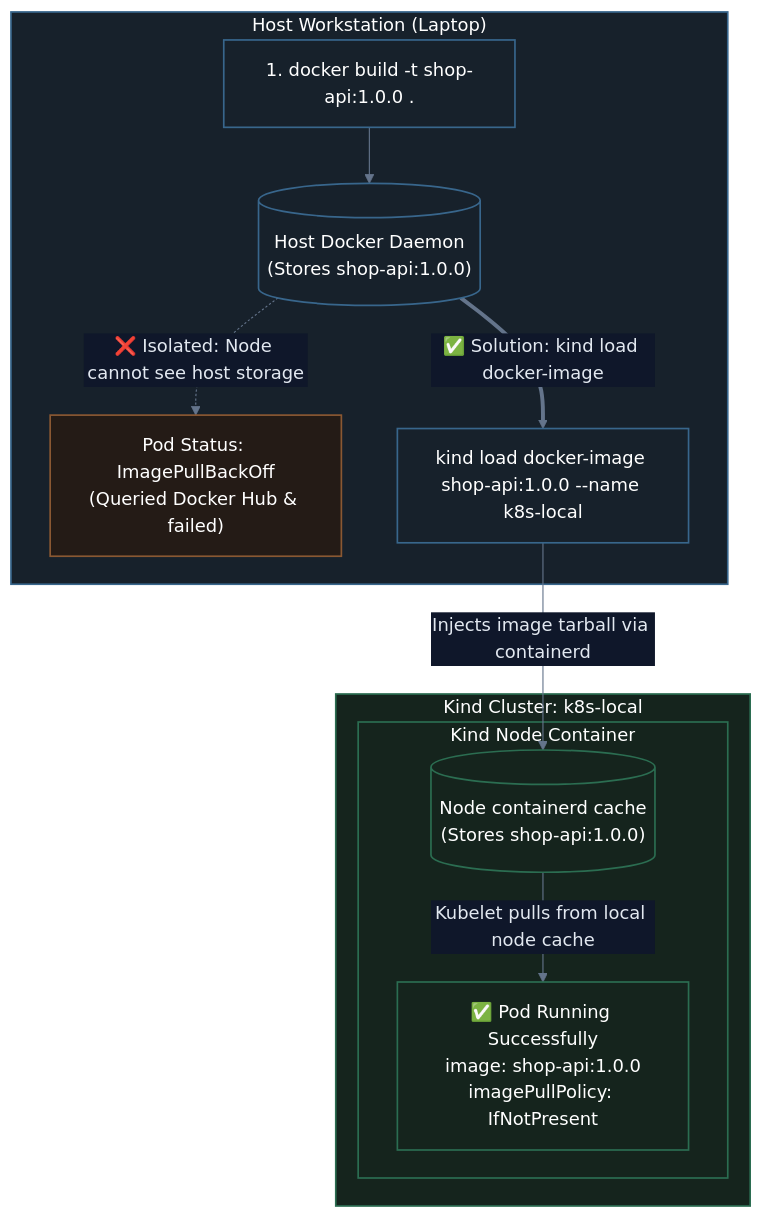
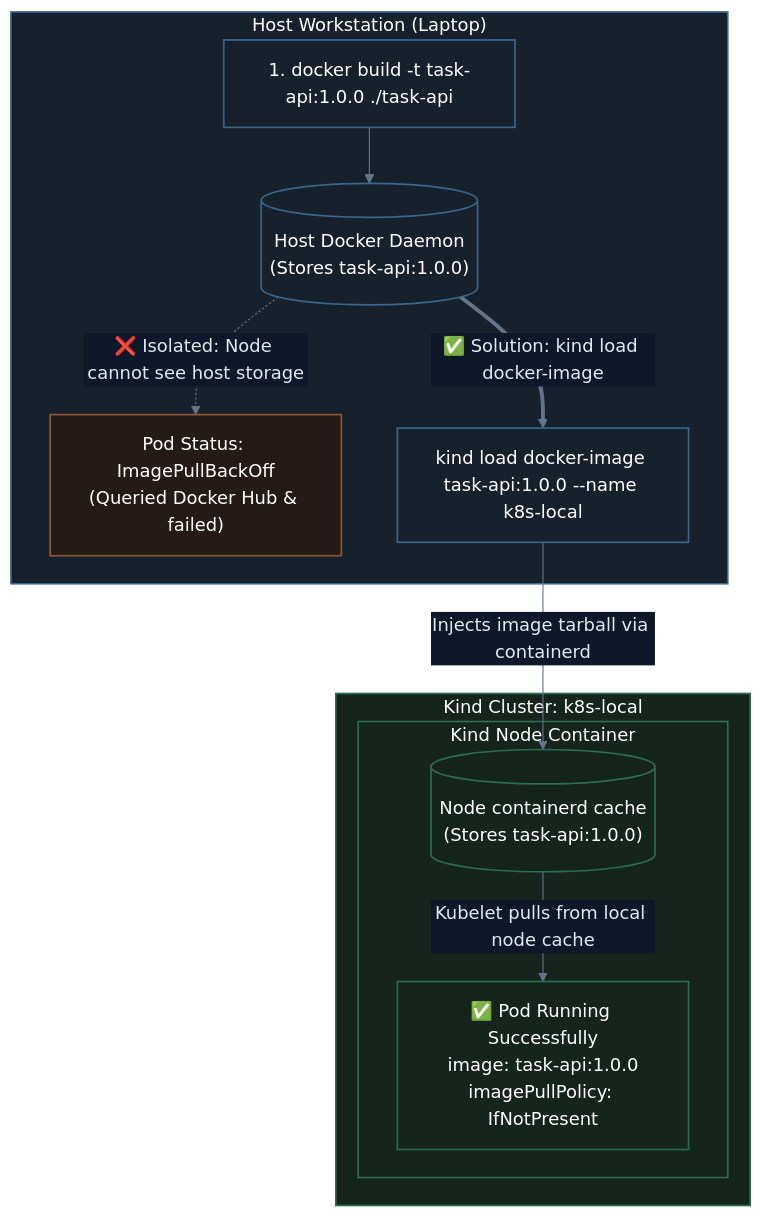
Before and after one commit to heinhtetzan/k8s-in-production: the third of 3 diagrams in 05-learn-k8s/02-kubernetes-in-local-with-kind.md, drawn with Mermaid. The commit also changed other lines of this file and 9 other files, not shown here.

Commit message:
feat: add task-api sample application and update guide examples

````diff
--- a/05-learn-k8s/02-kubernetes-in-local-with-kind.md
+++ b/05-learn-k8s/02-kubernetes-in-local-with-kind.md
@@ -371,39 +371,39 @@
 ```mermaid
 %%{init: {
   'theme': 'base',
   'themeVariables': {
     'darkMode': true,
     'background': '#0f172a',
     'primaryColor': '#1e293b',
     'primaryTextColor': '#e2e8f0',
     'primaryBorderColor': '#475569',
     'lineColor': '#64748b',
     'textColor': '#e2e8f0',
     'edgeLabelBackground': '#0f172a'
   },
   'themeCSS': '* { filter: none !important; box-shadow: none !important; } .node * { filter: none !important; } .cluster * { filter: none !important; }'
 }}%%
 flowchart TD
     subgraph Host["Host Workstation (Laptop)"]
-        Build["1. docker build -t shop-api:1.0.0 ."] --> HostDaemon[("Host Docker Daemon<br/>(Stores shop-api:1.0.0)")]
+        Build["1. docker build -t task-api:1.0.0 ./task-api"] --> HostDaemon[("Host Docker Daemon<br/>(Stores task-api:1.0.0)")]
         
         HostDaemon -.->|❌ Isolated: Node cannot see host storage| Fail["Pod Status: ImagePullBackOff<br/>(Queried Docker Hub & failed)"]
         
-        HostDaemon ==>|✅ Solution: kind load docker-image| Bridge["kind load docker-image shop-api:1.0.0 --name k8s-local"]
+        HostDaemon ==>|✅ Solution: kind load docker-image| Bridge["kind load docker-image task-api:1.0.0 --name k8s-local"]
     end
 
     subgraph Cluster["Kind Cluster: k8s-local"]
         subgraph NodeContainer["Kind Node Container"]
-            Bridge -->|Injects image tarball via containerd| NodeCache[("Node containerd cache<br/>(Stores shop-api:1.0.0)")]
-            NodeCache -->|Kubelet pulls from local node cache| RunningPod["✅ Pod Running Successfully<br/>image: shop-api:1.0.0<br/>imagePullPolicy: IfNotPresent"]
+            Bridge -->|Injects image tarball via containerd| NodeCache[("Node containerd cache<br/>(Stores task-api:1.0.0)")]
+            NodeCache -->|Kubelet pulls from local node cache| RunningPod["✅ Pod Running Successfully<br/>image: task-api:1.0.0<br/>imagePullPolicy: IfNotPresent"]
         end
     end
 
     classDef cHost fill:#17212b,stroke:#38668c,stroke-width:1.5px,color:#ffffff;
     classDef cKind fill:#15241d,stroke:#2b6d51,stroke-width:1.5px,color:#ffffff;
     classDef cFail fill:#241b16,stroke:#8a5832,stroke-width:1.5px,color:#ffffff;
 
     class Host,Build,HostDaemon,Bridge cHost;
     class Cluster,NodeContainer,NodeCache,RunningPod cKind;
     class Fail cFail;
 ```
````
